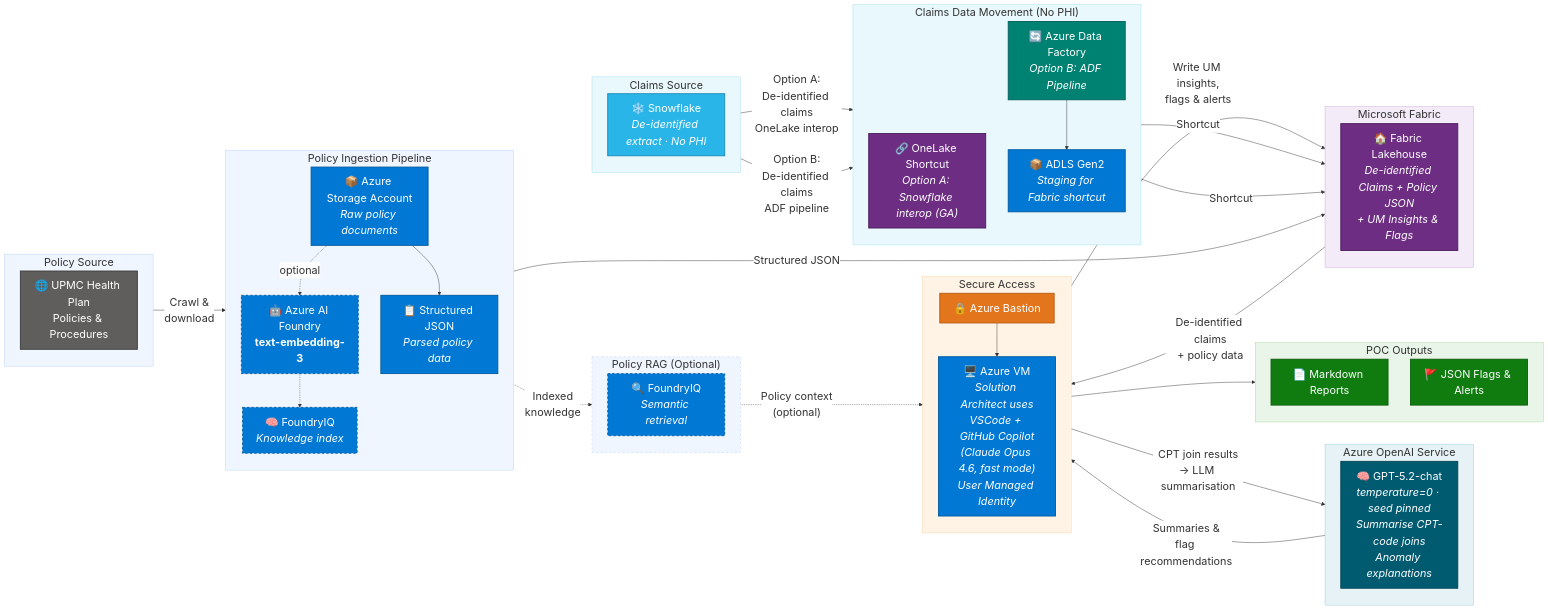
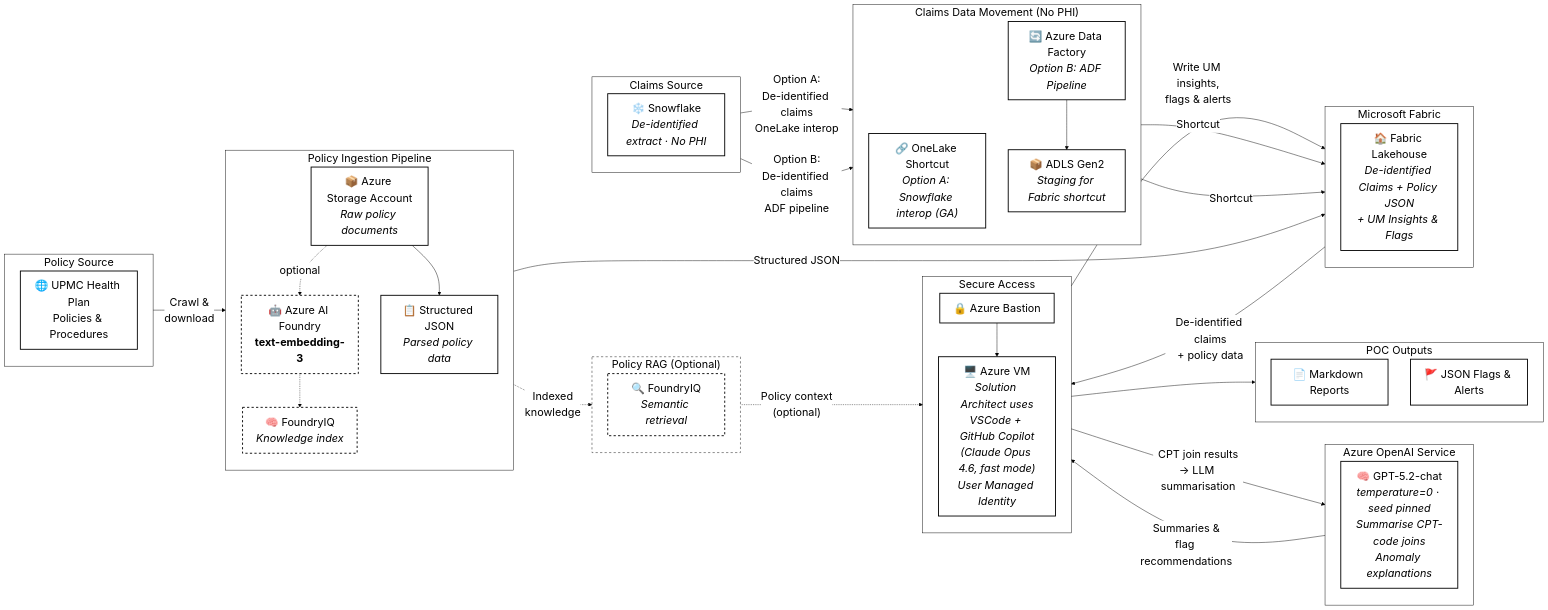
Before and after one commit to ctava-msft/utilization-management-claims-analytics: the first of 2 diagrams in docs/solution_architecture.md, drawn with Mermaid. The commit also changed other lines of this file, not shown here.

Commit message:
update mermaid diagrams background color

````diff
--- a/docs/solution_architecture.md
+++ b/docs/solution_architecture.md
@@ -16,16 +16,30 @@
 ```mermaid
 ---
 config:
-  theme: default
+  theme: base
   themeVariables:
     fontSize: 24px
     background: "#FFFFFF"
+    primaryColor: "#FFFFFF"
+    primaryTextColor: "#000000"
+    primaryBorderColor: "#000000"
+    secondaryColor: "#FFFFFF"
+    secondaryTextColor: "#000000"
+    secondaryBorderColor: "#000000"
+    tertiaryColor: "#FFFFFF"
+    tertiaryTextColor: "#000000"
+    tertiaryBorderColor: "#000000"
+    lineColor: "#000000"
+    textColor: "#000000"
     mainBkg: "#FFFFFF"
-    nodeBorder: "#333333"
-    clusterBkg: "#F5F5F5"
-    clusterBorder: "#CCCCCC"
-    titleColor: "#333333"
+    nodeBorder: "#000000"
+    clusterBkg: "#FFFFFF"
+    clusterBorder: "#000000"
+    titleColor: "#000000"
     edgeLabelBackground: "#FFFFFF"
+    noteTextColor: "#000000"
+    noteBkgColor: "#FFFFFF"
+    noteBorderColor: "#000000"
 ---
 graph LR
 
@@ -118,36 +132,20 @@
     VM --> OUTPUT
 
     %% Styling
-    classDef azureBlue fill:#0078D4,stroke:#005A9E,color:#fff,stroke-width:2px
-    classDef fabricPurple fill:#6C2D82,stroke:#4B1D5E,color:#fff,stroke-width:2px
-    classDef snowflakeBlue fill:#29B5E8,stroke:#1D8AB5,color:#fff,stroke-width:2px
-    classDef greenOut fill:#107C10,stroke:#0B5E0B,color:#fff,stroke-width:2px
-    classDef sourceGray fill:#605E5C,stroke:#3B3A39,color:#fff,stroke-width:2px
-    classDef bastionOrange fill:#E3751C,stroke:#B55D16,color:#fff,stroke-width:2px
+    classDef default fill:#FFFFFF,stroke:#000000,color:#000000,stroke-width:2px
+    classDef optionalDashed fill:#FFFFFF,stroke:#000000,color:#000000,stroke-width:2px,stroke-dasharray:5 5
 
-    classDef optionalDashed fill:#0078D4,stroke:#005A9E,color:#fff,stroke-width:2px,stroke-dasharray:5 5
-
-    classDef adfGreen fill:#008272,stroke:#005E5A,color:#fff,stroke-width:2px
-    classDef llmTeal fill:#005B70,stroke:#004455,color:#fff,stroke-width:2px
-
-    class VM,STORAGE,POLICY_JSON,ADLS azureBlue
+    class VM,STORAGE,POLICY_JSON,ADLS,ONELAKE,FABRIC_LAKEHOUSE,SNOWFLAKE,CLI_REPORTS,CLI_FLAGS,UPMC_POLICIES,BASTION,ADF,GPT,FOUNDRY_EMBED,FOUNDRY_IQ,FOUNDRY_IQ_READ default
     class FOUNDRY_EMBED,FOUNDRY_IQ,FOUNDRY_IQ_READ optionalDashed
-    class ONELAKE,FABRIC_LAKEHOUSE fabricPurple
-    class SNOWFLAKE snowflakeBlue
-    class CLI_REPORTS,CLI_FLAGS greenOut
-    class UPMC_POLICIES sourceGray
-    class BASTION bastionOrange
-    class ADF adfGreen
-    class GPT llmTeal
 
     %% Subgraph backgrounds
-    style POLICY_SOURCE fill:#F0F6FF,stroke:#B3D1FF,color:#333
-    style POLICY_INGESTION fill:#F0F6FF,stroke:#B3D1FF,color:#333
-    style POLICY_RAG fill:#F0F6FF,stroke:#B3D1FF,stroke-dasharray:5 5,color:#333
-    style CLAIMS_SOURCE fill:#E8F8FD,stroke:#A3DEF0,color:#333
-    style CLAIMS_MOVEMENT fill:#E8F8FD,stroke:#A3DEF0,color:#333
-    style CLAIMS_FABRIC fill:#F3EBF7,stroke:#C9A8D8,color:#333
-    style LLM_SERVICE fill:#E6F2F5,stroke:#99CCD9,color:#333
-    style ACCESS fill:#FFF3E6,stroke:#FFD1A3,color:#333
-    style OUTPUT fill:#E8F5E8,stroke:#A8D5A8,color:#333
+    style POLICY_SOURCE fill:#FFFFFF,stroke:#000000,color:#000000
+    style POLICY_INGESTION fill:#FFFFFF,stroke:#000000,color:#000000
+    style POLICY_RAG fill:#FFFFFF,stroke:#000000,stroke-dasharray:5 5,color:#000000
+    style CLAIMS_SOURCE fill:#FFFFFF,stroke:#000000,color:#000000
+    style CLAIMS_MOVEMENT fill:#FFFFFF,stroke:#000000,color:#000000
+    style CLAIMS_FABRIC fill:#FFFFFF,stroke:#000000,color:#000000
+    style LLM_SERVICE fill:#FFFFFF,stroke:#000000,color:#000000
+    style ACCESS fill:#FFFFFF,stroke:#000000,color:#000000
+    style OUTPUT fill:#FFFFFF,stroke:#000000,color:#000000
 ```
````
